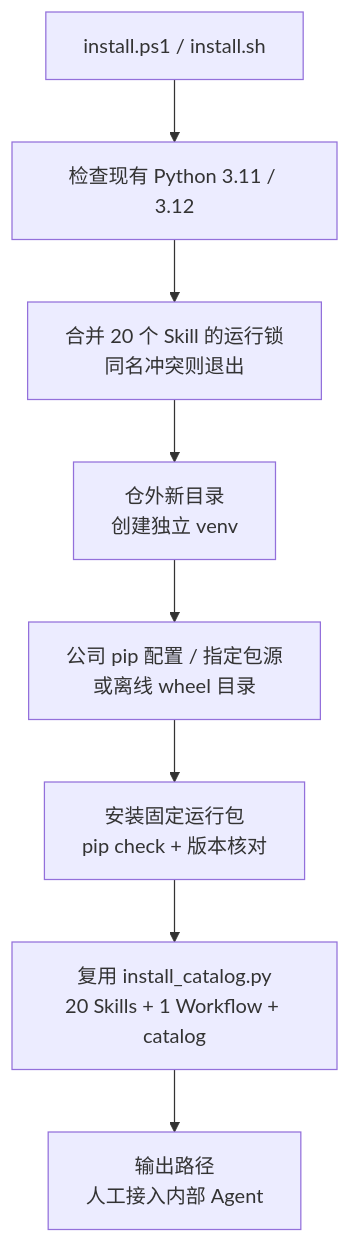
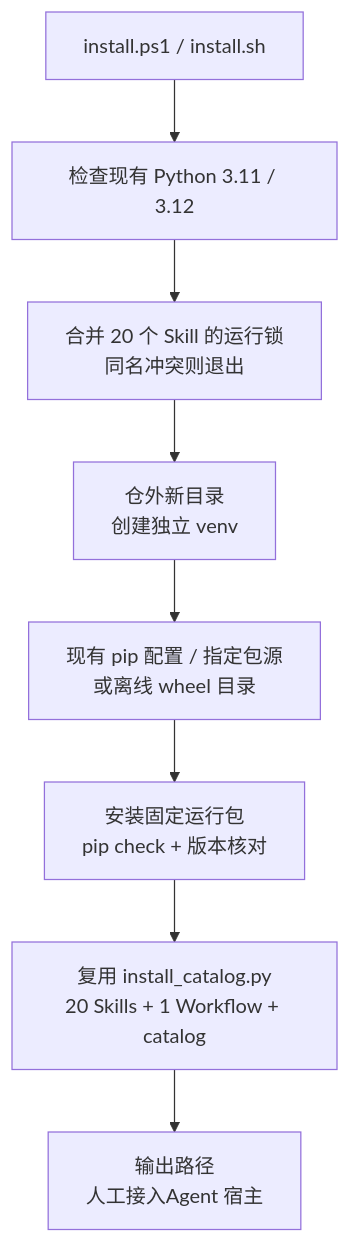
The diagram in aiotbot-knowledge-wifi-mp/docs-llm-wiki/sdd/knowledge-v3/runtime-installation.md (Robin-hhc/FactumCore), drawn with Mermaid before and after one commit. The commit also changed other lines of this file and 21 other files, not shown here.

````diff
--- a/aiotbot-knowledge-wifi-mp/docs-llm-wiki/sdd/knowledge-v3/runtime-installation.md
+++ b/aiotbot-knowledge-wifi-mp/docs-llm-wiki/sdd/knowledge-v3/runtime-installation.md
@@ -5,10 +5,10 @@
 ```mermaid
 flowchart TB
     W["install.ps1 / install.sh"] --> P["检查现有 Python 3.11 / 3.12"]
     P --> L["合并 20 个 Skill 的运行锁<br/>同名冲突则退出"]
     L --> V["仓外新目录<br/>创建独立 venv"]
-    V --> D["公司 pip 配置 / 指定包源<br/>或离线 wheel 目录"]
+    V --> D["现有 pip 配置 / 指定包源<br/>或离线 wheel 目录"]
     D --> C["安装固定运行包<br/>pip check + 版本核对"]
     C --> I["复用 install_catalog.py<br/>20 Skills + 1 Workflow + catalog"]
-    I --> H["输出路径<br/>人工接入内部 Agent"]
+    I --> H["输出路径<br/>人工接入Agent 宿主"]
 ```
````
